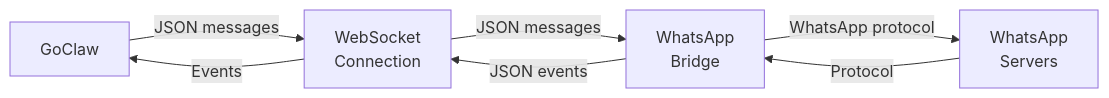
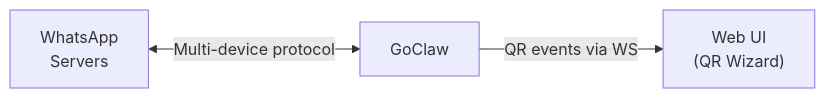
Before and after one commit to q1t-architect/goclaw-docs: the diagram in channels/whatsapp.md, drawn with Mermaid. The commit also changed other lines of this file and 17 other files, not shown here.

````diff
--- a/channels/whatsapp.md
+++ b/channels/whatsapp.md
@@ -58,14 +46,9 @@
 ```mermaid
 flowchart LR
+    WA["WhatsApp<br/>Servers"]
     GC["GoClaw"]
-    WS["WebSocket<br/>Connection"]
-    BRIDGE["WhatsApp<br/>Bridge"]
-    WA["WhatsApp<br/>Servers"]
+    UI["Web UI<br/>(QR Wizard)"]
 
-    GC -->|"JSON messages"| WS
-    WS -->|"JSON messages"| BRIDGE
-    BRIDGE -->|"WhatsApp protocol"| WA
-    WA -->|"Protocol"| BRIDGE
-    BRIDGE -->|"JSON events"| WS
-    WS -->|"Events"| GC
+    WA <-->|"Multi-device protocol"| GC
+    GC -->|"QR events via WS"| UI
 ```
````
